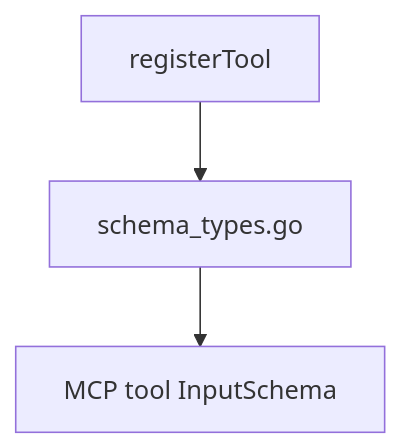
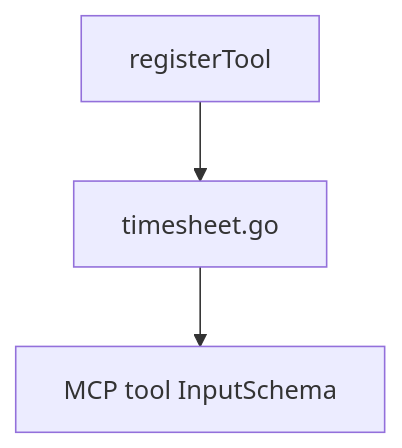
Before and after one commit to tricktron/bexio-mcp: the second of 9 diagrams in docs/learning-log.md, drawn with Mermaid. The commit also changed other lines of this file, not shown here.

````diff
--- a/docs/learning-log.md
+++ b/docs/learning-log.md
@@ -42,5 +42,5 @@
 ```mermaid
 graph TD
-    Register[registerTool] --> SchemaOverrides[schema_types.go]
+    Register[registerTool] --> SchemaOverrides[timesheet.go]
     SchemaOverrides --> Tools[MCP tool InputSchema]
 ```
````
